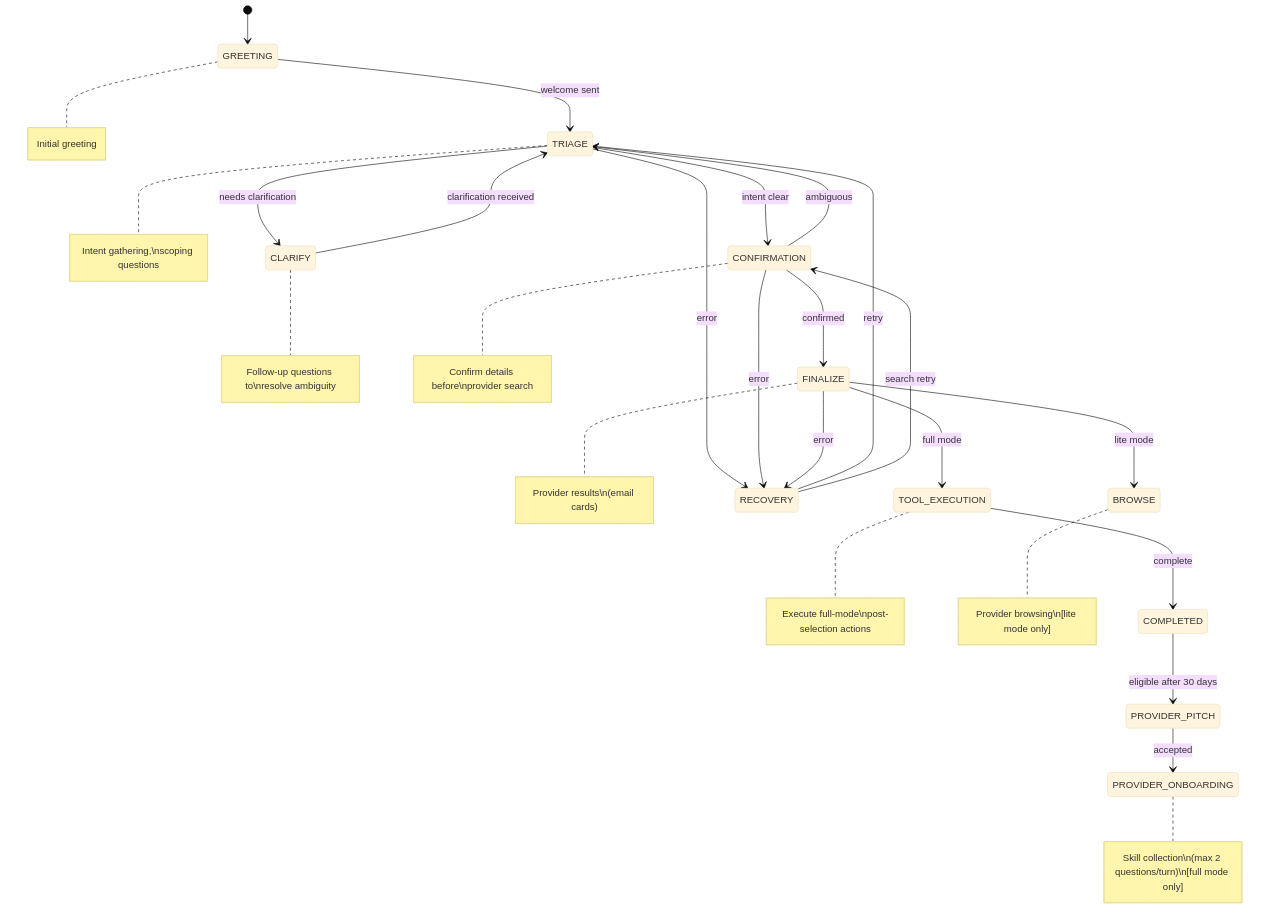
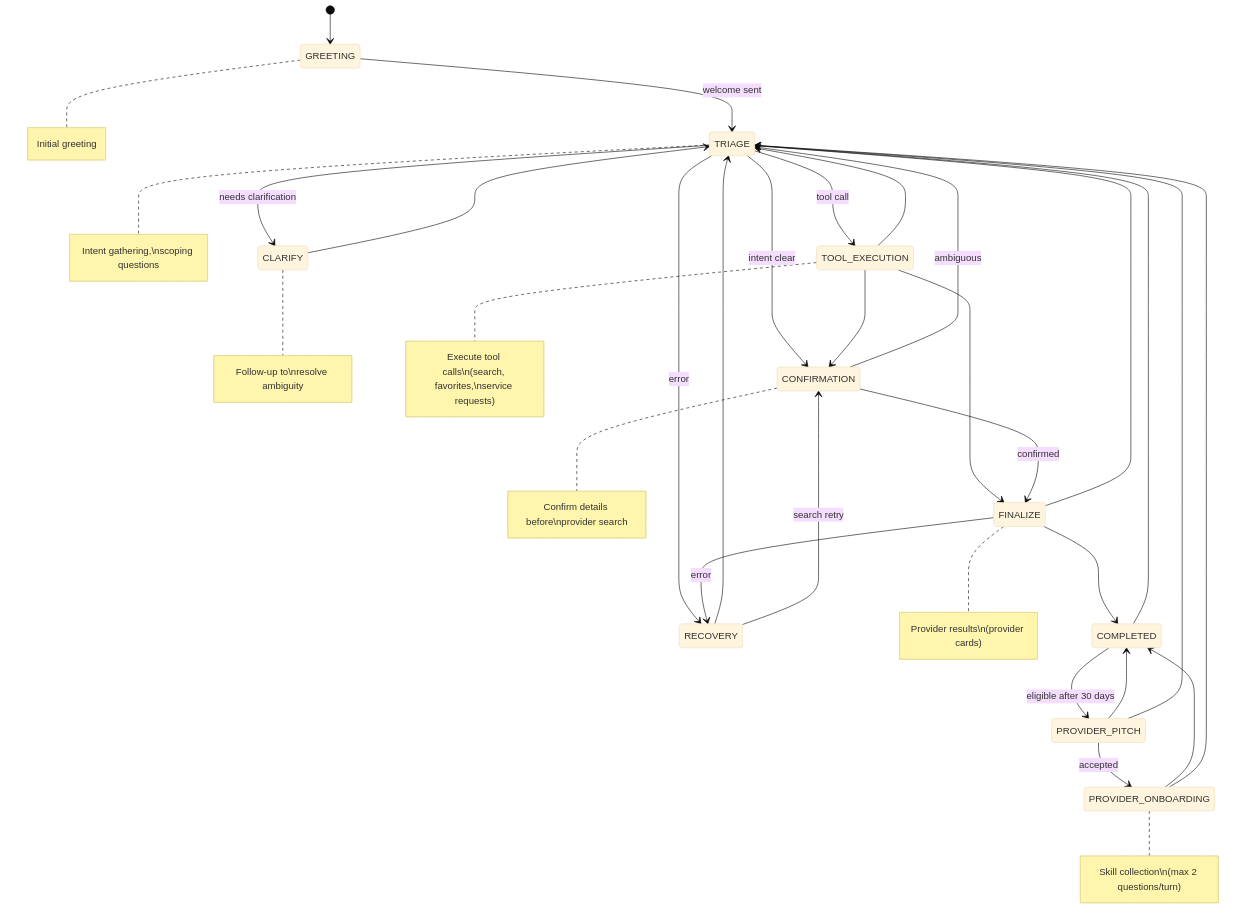
One commit to Fides-Connect/linkora changed the first of 2 diagrams in docs/ai-assistant.md. Above: the diagram before and after it, drawn with Mermaid (base theme). The commit also changed other lines of this file and 2 other files, not shown here.

Commit message:
Fix Copilot review: WebRTC full-only, lite wording, CrossEncoder shared, full FSM rewrite

````diff
--- a/docs/ai-assistant.md
+++ b/docs/ai-assistant.md
@@ -56,30 +60,44 @@
 ```mermaid
 stateDiagram-v2
     [*] --> GREETING
     GREETING --> TRIAGE : welcome sent
+
     TRIAGE --> CLARIFY : needs clarification
-    CLARIFY --> TRIAGE : clarification received
+    TRIAGE --> TOOL_EXECUTION : tool call
     TRIAGE --> CONFIRMATION : intent clear
+    TRIAGE --> RECOVERY : error
+
+    CLARIFY --> TRIAGE
+
+    TOOL_EXECUTION --> CONFIRMATION
+    TOOL_EXECUTION --> FINALIZE
+    TOOL_EXECUTION --> TRIAGE
+
     CONFIRMATION --> FINALIZE : confirmed
     CONFIRMATION --> TRIAGE : ambiguous
-    FINALIZE --> TOOL_EXECUTION : full mode
-    TOOL_EXECUTION --> COMPLETED : complete
-    FINALIZE --> BROWSE : lite mode
+
+    FINALIZE --> COMPLETED
+    FINALIZE --> RECOVERY : error
+    FINALIZE --> TRIAGE
+
+    RECOVERY --> TRIAGE
+    RECOVERY --> CONFIRMATION : search retry
+
     COMPLETED --> PROVIDER_PITCH : eligible after 30 days
+    COMPLETED --> TRIAGE
+
     PROVIDER_PITCH --> PROVIDER_ONBOARDING : accepted
+    PROVIDER_PITCH --> COMPLETED
+    PROVIDER_PITCH --> TRIAGE
 
-    TRIAGE --> RECOVERY : error
-    CONFIRMATION --> RECOVERY : error
-    FINALIZE --> RECOVERY : error
-    RECOVERY --> TRIAGE : retry
-    RECOVERY --> CONFIRMATION : search retry
+    PROVIDER_ONBOARDING --> COMPLETED
+    PROVIDER_ONBOARDING --> TRIAGE
 
     note right of GREETING : Initial greeting
     note right of TRIAGE : Intent gathering,\nscoping questions
-    note right of CLARIFY : Follow-up questions to\nresolve ambiguity
+    note right of CLARIFY : Follow-up to\nresolve ambiguity
+    note right of TOOL_EXECUTION : Execute tool calls\n(search, favorites,\nservice requests)
     note right of CONFIRMATION : Confirm details before\nprovider search
-    note right of FINALIZE : Provider results\n(email cards)
-    note right of TOOL_EXECUTION : Execute full-mode\npost-selection actions
-    note right of BROWSE : Provider browsing\n[lite mode only]
-    note right of PROVIDER_ONBOARDING : Skill collection\n(max 2 questions/turn)\n[full mode only]
+    note right of FINALIZE : Provider results\n(provider cards)
+    note right of PROVIDER_ONBOARDING : Skill collection\n(max 2 questions/turn)
 ```
````
